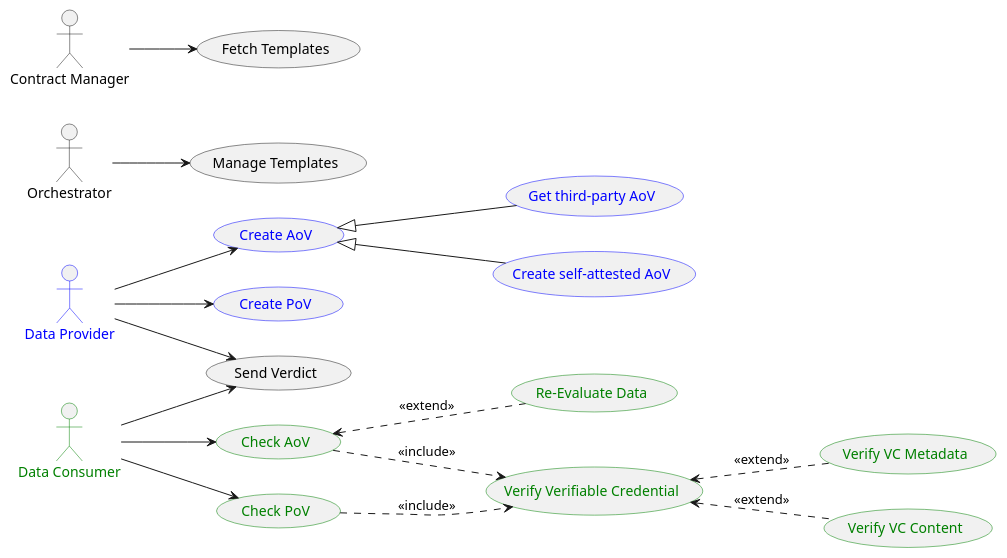
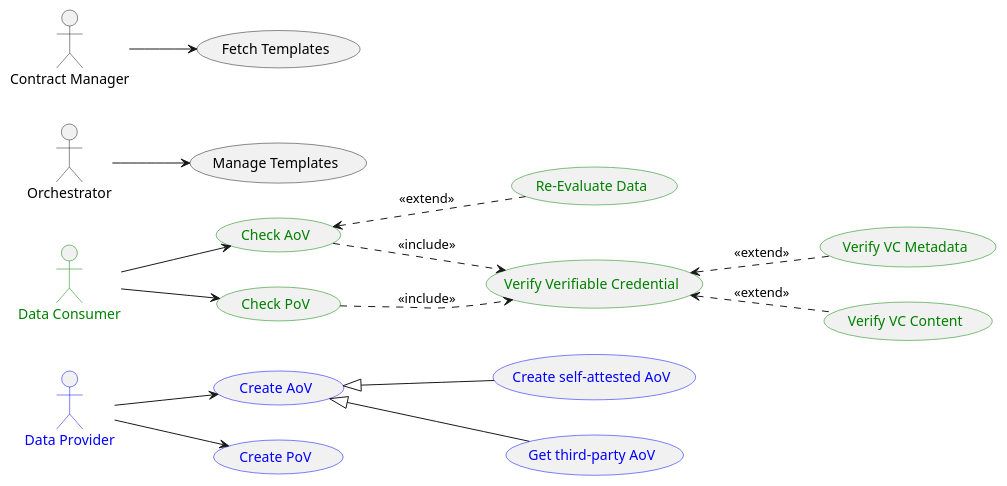
The diagram in docs/usecases.puml (Prometheus-X-association/data-veracity), drawn with PlantUML before and after one commit. The commit also changed 2 other files, not shown here.

Commit message:
docs(dd): remove mention of verdict

```diff
--- a/docs/usecases.puml
+++ b/docs/usecases.puml
@@ -1,50 +1,46 @@
 @startuml
 
 left to right direction
 
 :Data Provider: as p #line:blue;text:blue
 :Data Consumer:  as c #line:green;text:green
 :Orchestrator: as o
 :Contract Manager: as cm
 
 (Manage Templates) as uc_manage
 (Fetch Templates) as uc_templates
 (Create AoV) as uc_aov #line:blue;text:blue
 (Create PoV) as uc_pov #line:blue;text:blue
 (Check AoV) as uc_aov_c #line:green;text:green
 (Check PoV) as uc_pov_c #line:green;text:green
-(Send Verdict) as uc_verdict
 
 (Verify Verifiable Credential) as uc_verif #line:green;text:green
 (Verify VC Metadata) as uc_verif_meta #line:green;text:green
 (Verify VC Content) as uc_verif_cont #line:green;text:green
 
 (Create self-attested AoV) as uc_aov_self #line:blue;text:blue
 (Get third-party AoV) as uc_aov_3 #line:blue;text:blue
 
 (Re-Evaluate Data) as uc_reev #line:green;text:green
 
 uc_aov <|-- uc_aov_3
 uc_aov <|-- uc_aov_self
 
 o --> uc_manage
 
 cm --> uc_templates
 
 uc_aov_c ..> uc_verif : <<include>>
 uc_pov_c ..> uc_verif : <<include>>
 
 uc_verif <.. uc_verif_meta : <<extend>>
 uc_verif <.. uc_verif_cont : <<extend>>
 
 uc_aov_c <.. uc_reev : <<extend>>
 
 p --> uc_aov
 p --> uc_pov
 c --> uc_aov_c
 c --> uc_pov_c
 
-p --> uc_verdict
-c --> uc_verdict
-
 @enduml
```
